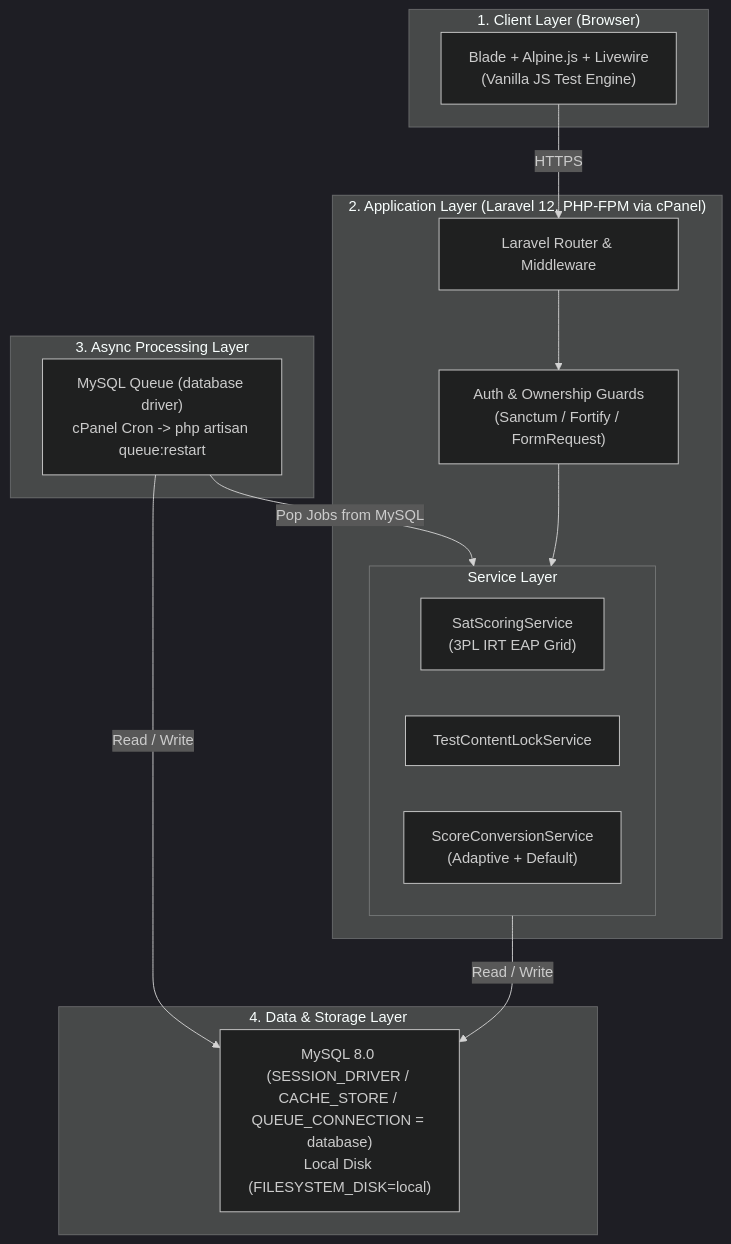
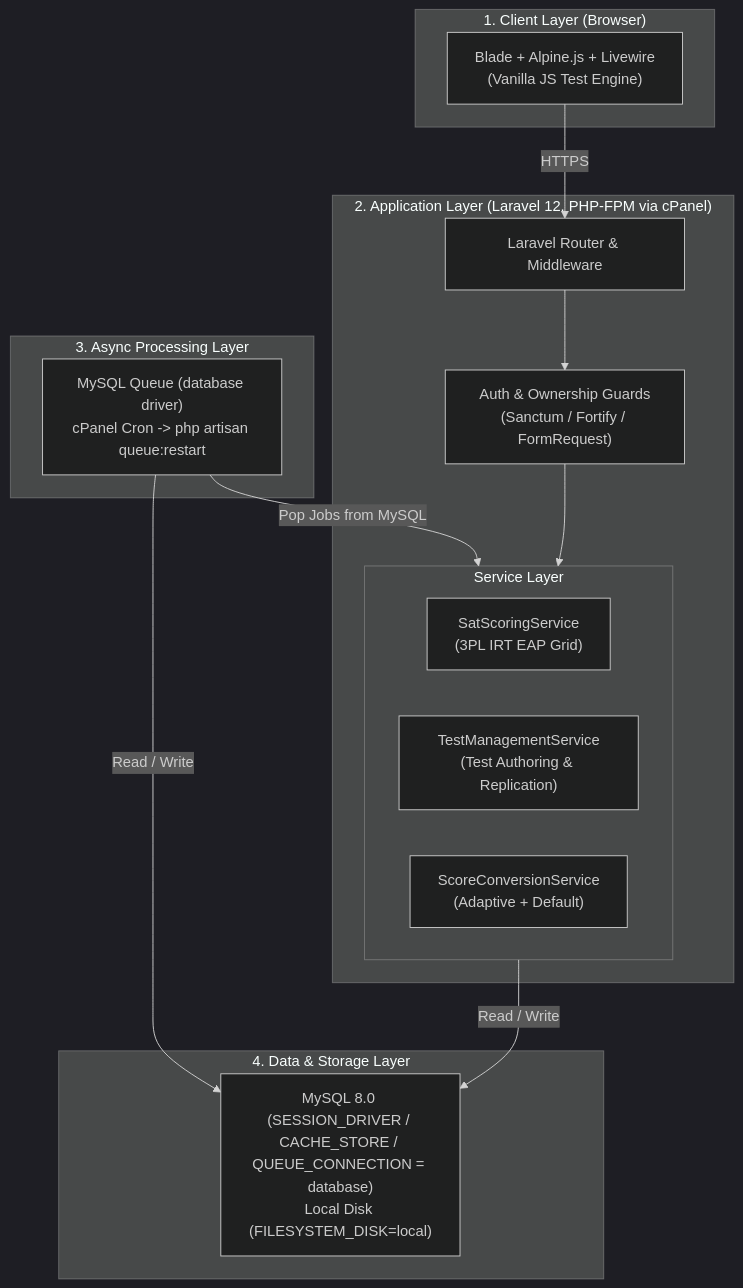
The second of 5 diagrams in docs/system-architecture-and-roadmap.md (rhy911/digital-sat), drawn with Mermaid (dark theme) before and after one commit. The commit also changed other lines of this file and 17 other files, not shown here.

First line of the commit message:
refactor(authoring): purge zombie lock service and consolidate test authoring into TestManagementService

````diff
--- a/docs/system-architecture-and-roadmap.md
+++ b/docs/system-architecture-and-roadmap.md
@@ -192,32 +192,32 @@
 ```mermaid
 flowchart TB
     subgraph ClientLayer["1. Client Layer (Browser)"]
         FE["Blade + Alpine.js + Livewire\n(Vanilla JS Test Engine)"]
     end
 
     subgraph AppLayer["2. Application Layer (Laravel 12, PHP-FPM via cPanel)"]
         Router["Laravel Router & Middleware"]
         AuthMiddleware["Auth & Ownership Guards\n(Sanctum / Fortify / FormRequest)"]
 
         subgraph Services["Service Layer"]
             SatScoring["SatScoringService\n(3PL IRT EAP Grid)"]
-            ContentLock["TestContentLockService"]
+            TestManagement["TestManagementService\n(Test Authoring & Replication)"]
             ScoreConversion["ScoreConversionService\n(Adaptive + Default)"]
         end
     end
 
     subgraph AsyncLayer["3. Async Processing Layer"]
         Queue["MySQL Queue (database driver)\ncPanel Cron -> php artisan queue:restart"]
     end
 
     subgraph StorageLayer["4. Data & Storage Layer"]
         Storage["MySQL 8.0 (SESSION_DRIVER / CACHE_STORE / QUEUE_CONNECTION = database)\nLocal Disk (FILESYSTEM_DISK=local)"]
     end
 
     FE -->|HTTPS| Router
     Router --> AuthMiddleware
     AuthMiddleware --> Services
     Services -->|Read / Write| Storage
     Queue -->|Pop Jobs from MySQL| Services
     Queue -->|Read / Write| Storage
 ```
````
